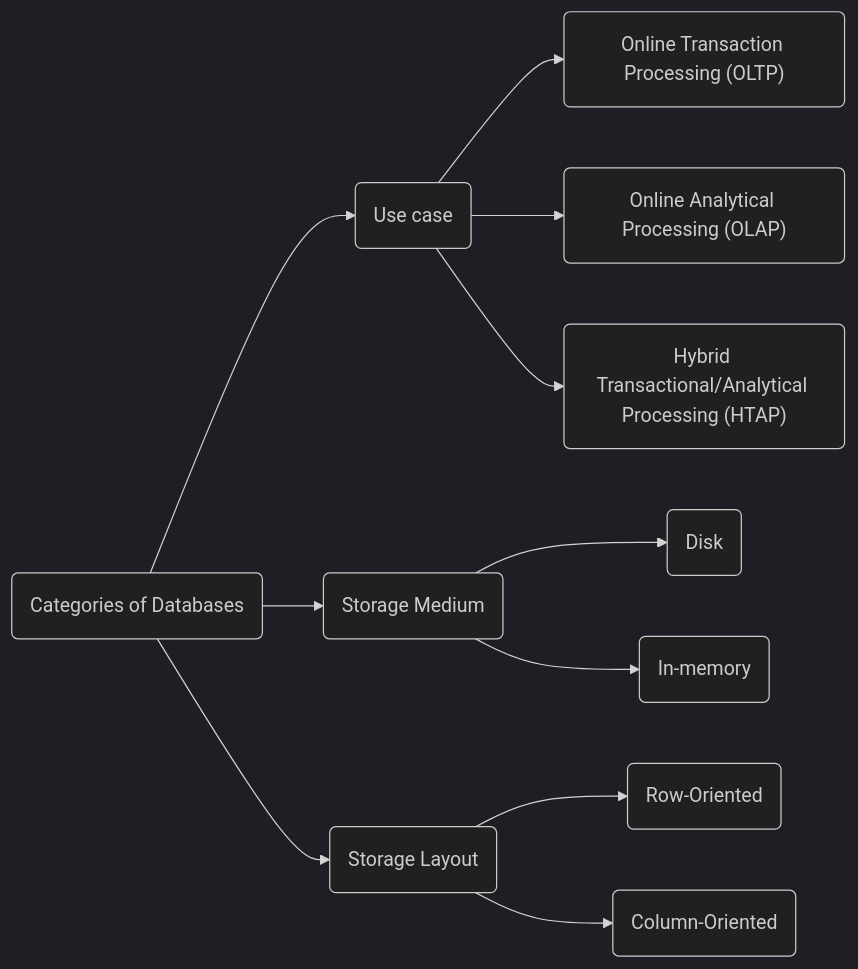
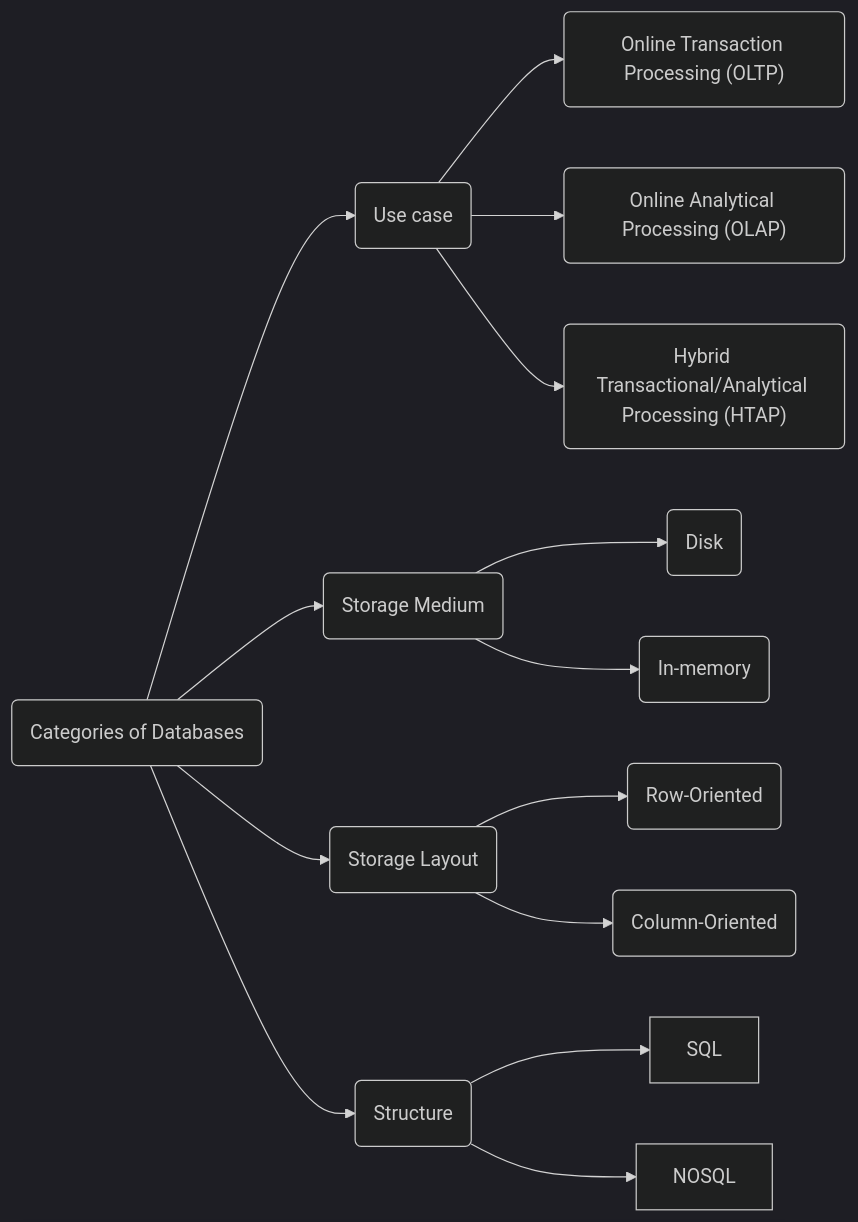
The diagram in Part 1: Storage Engines/Chapter 1 - Introduction and Overview.md (adetunjii/database-internals-notes), drawn with Mermaid (dark theme) before and after one commit. The commit also changed other lines of this file, not shown here.

````diff
--- a/Part 1: Storage Engines/Chapter 1 - Introduction and Overview.md
+++ b/Part 1: Storage Engines/Chapter 1 - Introduction and Overview.md
@@ -65,28 +65,34 @@
 ```mermaid
 graph LR
 
 %% Top Node
 
 databases(Categories of Databases)
 use_case(Use case)
 storage_medium(Storage Medium)
 storage_layout(Storage Layout)
+structure(Structure)
 
 %% Use case
 OLTP("Online Transaction Processing (OLTP)")
 OLAP("Online Analytical Processing (OLAP)")
 HTAP("Hybrid Transactional/Analytical Processing (HTAP)")
 
 %% Storage medium
 Disk(Disk)
 InMemory(In-memory)
 
 %% Storage layout
 Row(Row-Oriented)
 Column(Column-Oriented)
 
-databases --> use_case & storage_medium & storage_layout
+%% Structure
+SQL
+NOSQL
+
+databases --> use_case & storage_medium & storage_layout & structure
 use_case --> OLTP & OLAP & HTAP
 storage_medium --> Disk & InMemory
 storage_layout --> Row & Column
+structure --> SQL & NOSQL
 ```
````
